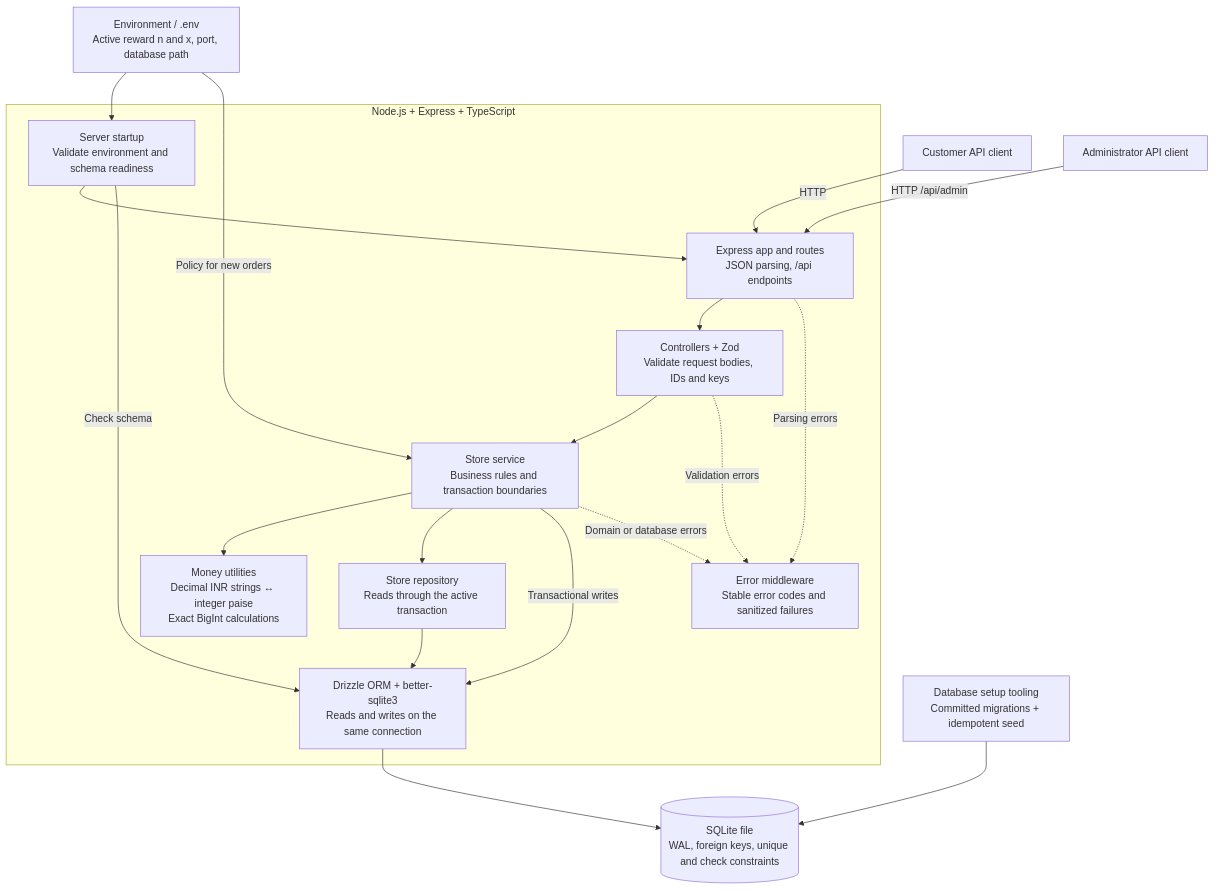
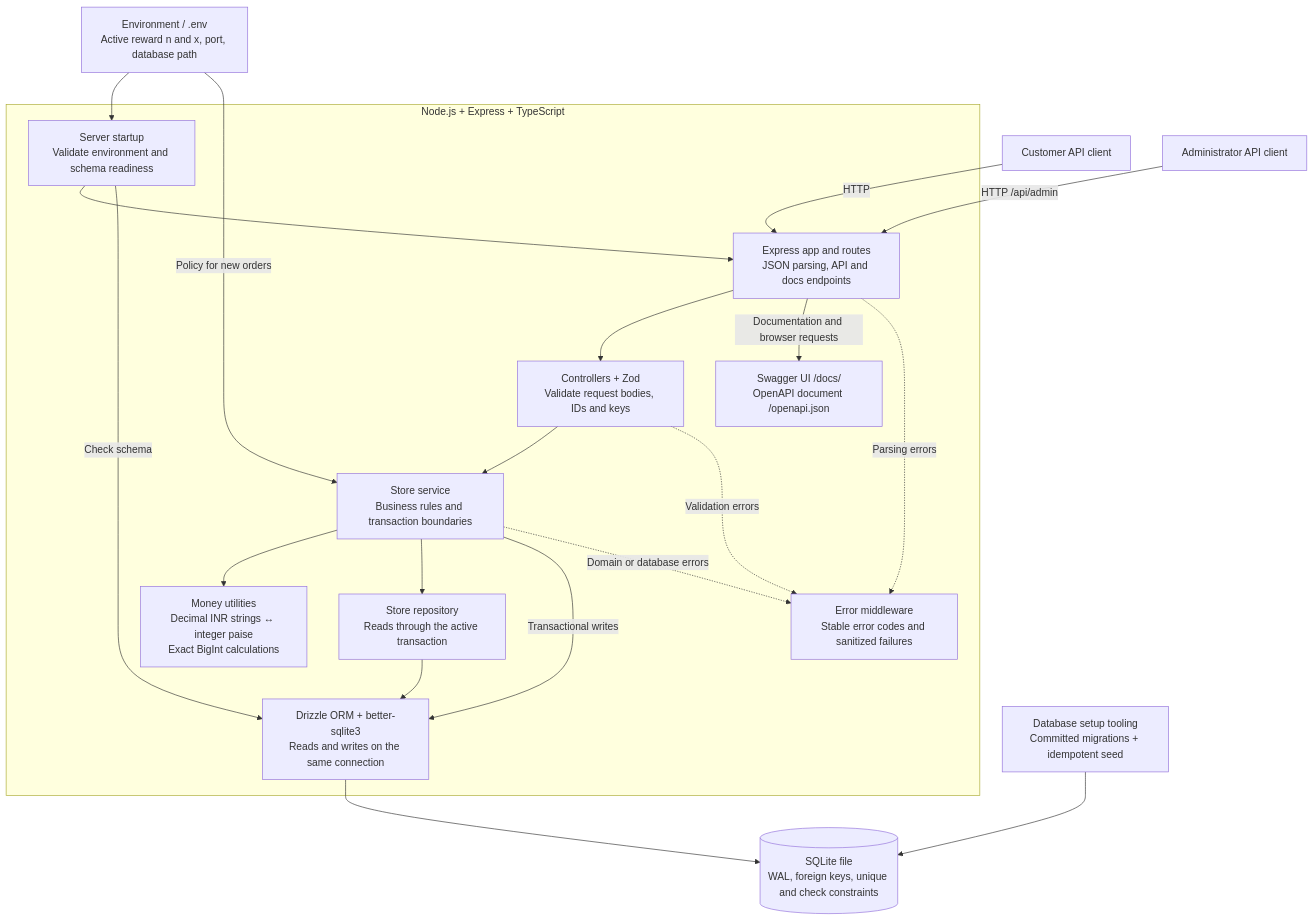
Before and after one commit to SirAtul1204/uniblox-assignment: the first of 3 diagrams in ARCHITECTURE.md, drawn with Mermaid. The commit also changed 11 other files, not shown here.

Commit message:
feat: serve interactive Swagger UI and validated OpenAPI contract

````diff
--- a/ARCHITECTURE.md
+++ b/ARCHITECTURE.md
@@ -7,38 +7,40 @@
 ```mermaid
 flowchart TB
     Customer[Customer API client]
     Admin[Administrator API client]
     Env["Environment / .env<br/>Active reward n and x, port, database path"]
 
     subgraph Backend["Node.js + Express + TypeScript"]
         Server["Server startup<br/>Validate environment and schema readiness"]
-        Routes["Express app and routes<br/>JSON parsing, /api endpoints"]
+        Routes["Express app and routes<br/>JSON parsing, API and docs endpoints"]
+        Swagger["Swagger UI /docs/<br/>OpenAPI document /openapi.json"]
         Controller["Controllers + Zod<br/>Validate request bodies, IDs and keys"]
         Service["Store service<br/>Business rules and transaction boundaries"]
         Money["Money utilities<br/>Decimal INR strings ↔ integer paise<br/>Exact BigInt calculations"]
         Repository["Store repository<br/>Reads through the active transaction"]
         ORM["Drizzle ORM + better-sqlite3<br/>Reads and writes on the same connection"]
         Errors["Error middleware<br/>Stable error codes and sanitized failures"]
     end
 
     DB[("SQLite file<br/>WAL, foreign keys, unique and check constraints")]
     Setup["Database setup tooling<br/>Committed migrations + idempotent seed"]
 
     Customer -->|HTTP| Routes
     Admin -->|HTTP /api/admin| Routes
     Env --> Server
     Env -->|Policy for new orders| Service
     Server --> Routes
     Server -->|Check schema| ORM
     Routes --> Controller
+    Routes -->|Documentation and browser requests| Swagger
     Controller --> Service
     Service --> Money
     Service --> Repository
     Repository --> ORM
     Service -->|Transactional writes| ORM
     ORM --> DB
     Routes -.->|Parsing errors| Errors
     Controller -.->|Validation errors| Errors
     Service -.->|Domain or database errors| Errors
     Setup --> DB
 ```
````
